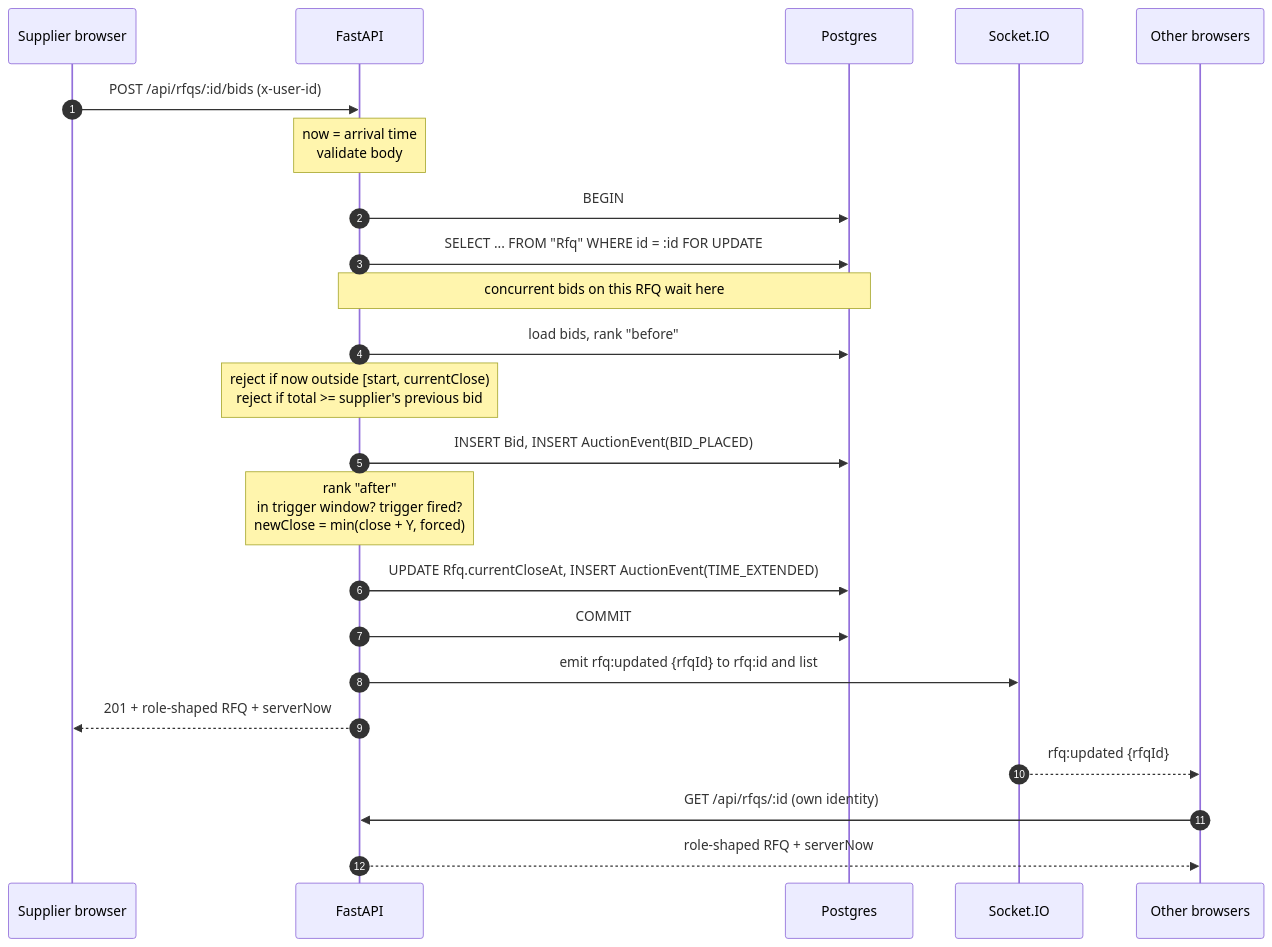
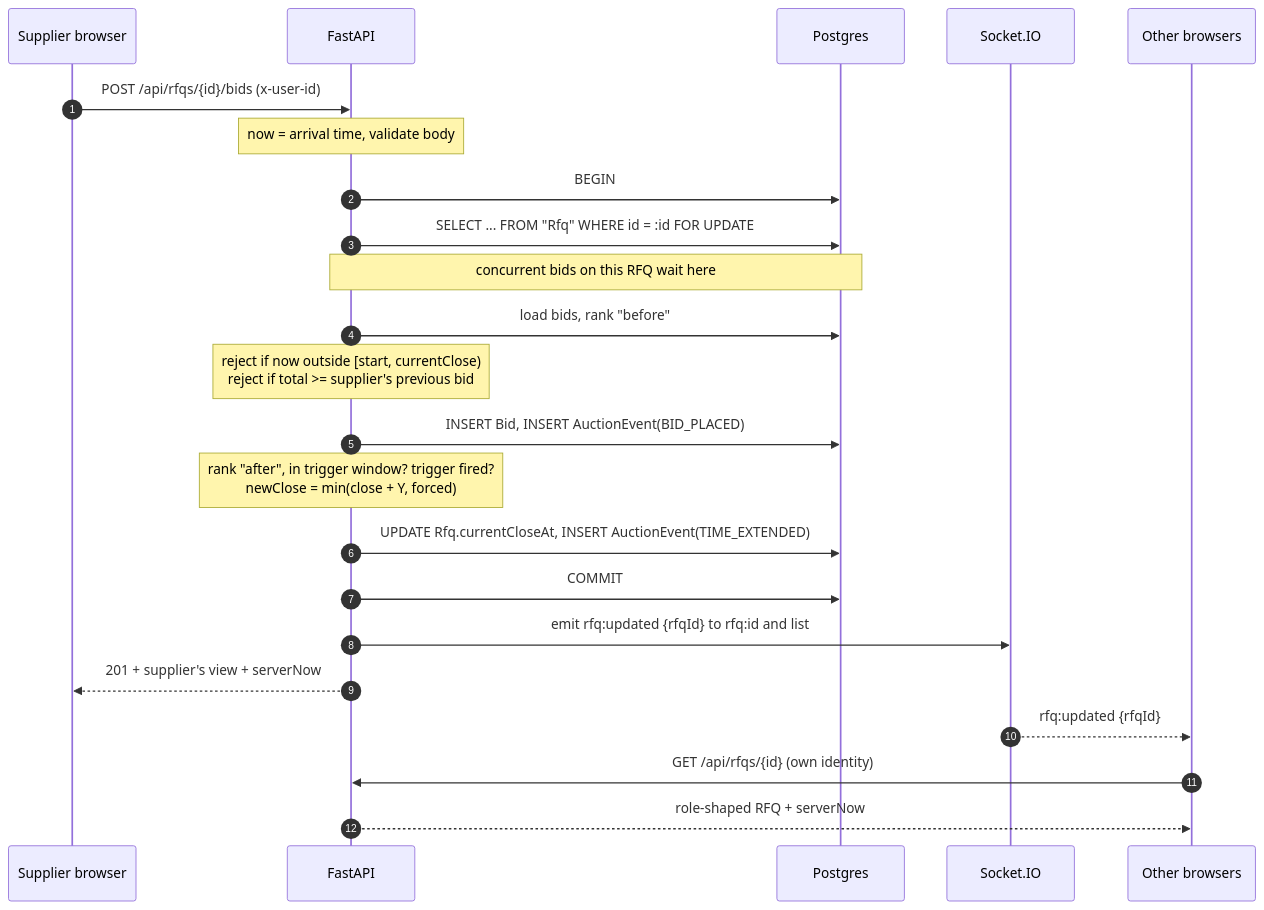
One commit to Ipsita-Mondal-30/british-auction changed the third of 9 diagrams in docs/HLD.md. Above: the diagram before and after it, drawn with Mermaid. The commit also changed other lines of this file and 8 other files, not shown here.

````diff
--- a/docs/HLD.md
+++ b/docs/HLD.md
@@ -47,26 +150,26 @@
 ```mermaid
 sequenceDiagram
     autonumber
     participant S as Supplier browser
     participant API as FastAPI
     participant DB as Postgres
     participant IO as Socket.IO
     participant O as Other browsers
 
-    S->>API: POST /api/rfqs/:id/bids (x-user-id)
-    Note over API: now = arrival time<br/>validate body
+    S->>API: POST /api/rfqs/{id}/bids (x-user-id)
+    Note over API: now = arrival time, validate body
     API->>DB: BEGIN
     API->>DB: SELECT ... FROM "Rfq" WHERE id = :id FOR UPDATE
     Note over API,DB: concurrent bids on this RFQ wait here
     API->>DB: load bids, rank "before"
     Note over API: reject if now outside [start, currentClose)<br/>reject if total >= supplier's previous bid
     API->>DB: INSERT Bid, INSERT AuctionEvent(BID_PLACED)
-    Note over API: rank "after"<br/>in trigger window? trigger fired?<br/>newClose = min(close + Y, forced)
+    Note over API: rank "after", in trigger window? trigger fired?<br/>newClose = min(close + Y, forced)
     API->>DB: UPDATE Rfq.currentCloseAt, INSERT AuctionEvent(TIME_EXTENDED)
     API->>DB: COMMIT
     API->>IO: emit rfq:updated {rfqId} to rfq:id and list
-    API-->>S: 201 + role-shaped RFQ + serverNow
+    API-->>S: 201 + supplier's view + serverNow
     IO-->>O: rfq:updated {rfqId}
-    O->>API: GET /api/rfqs/:id (own identity)
+    O->>API: GET /api/rfqs/{id} (own identity)
     API-->>O: role-shaped RFQ + serverNow
 ```
````
